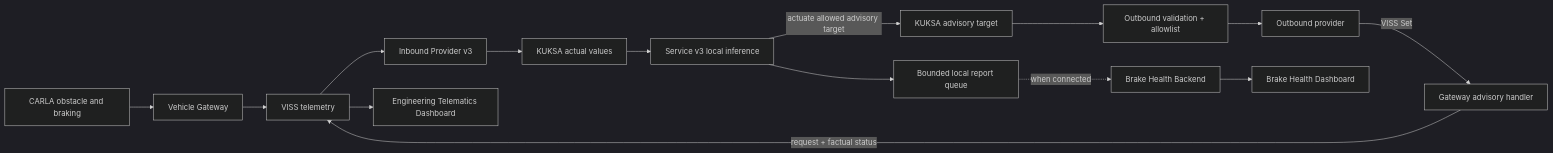
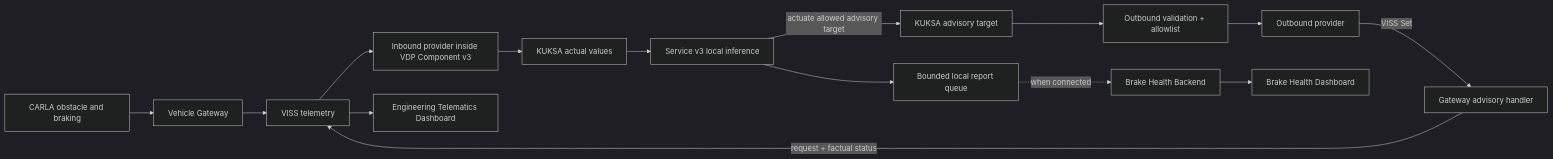
Diagram 14 of 18 in docs/architecture/demo-scenario-architecture-flows.md (alexmaninblack/aosedge-sdv-demo), drawn with Mermaid (dark theme) before and after one commit. The commit also changed other lines of this file and 32 other files, not shown here.

````diff
--- a/docs/architecture/demo-scenario-architecture-flows.md
+++ b/docs/architecture/demo-scenario-architecture-flows.md
@@ -700,14 +746,14 @@
 ```mermaid
 flowchart LR
     SCENE["CARLA obstacle and braking"] --> GW["Vehicle Gateway"]
-    GW --> VISS["VISS telemetry"] --> PIN["Inbound Provider v3"]
+    GW --> VISS["VISS telemetry"] --> PIN["Inbound provider inside VDP Component v3"]
     PIN --> ACTUAL["KUKSA actual values"] --> S3["Service v3 local inference"]
     S3 -->|"actuate allowed advisory target"| TARGET["KUKSA advisory target"]
     TARGET --> POLICY["Outbound validation + allowlist"] --> POUT["Outbound provider"]
     POUT -->|"VISS Set"| GWADV["Gateway advisory handler"]
     GWADV -->|"request + factual status"| VISS
     VISS --> ENG["Engineering Telematics Dashboard"]
 
     S3 --> QUEUE["Bounded local report queue"]
     QUEUE -. "when connected" .-> BE["Brake Health Backend"] --> BD["Brake Health Dashboard"]
 ```
````
